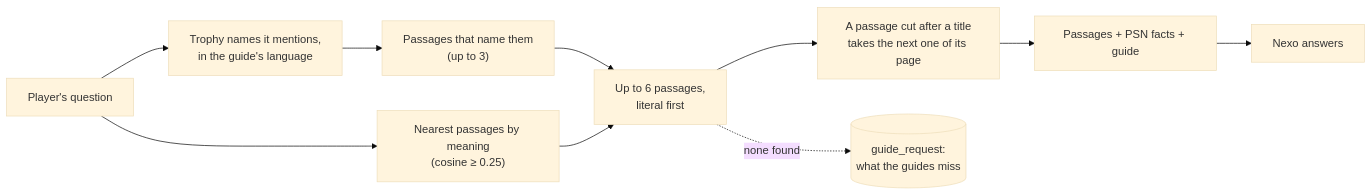
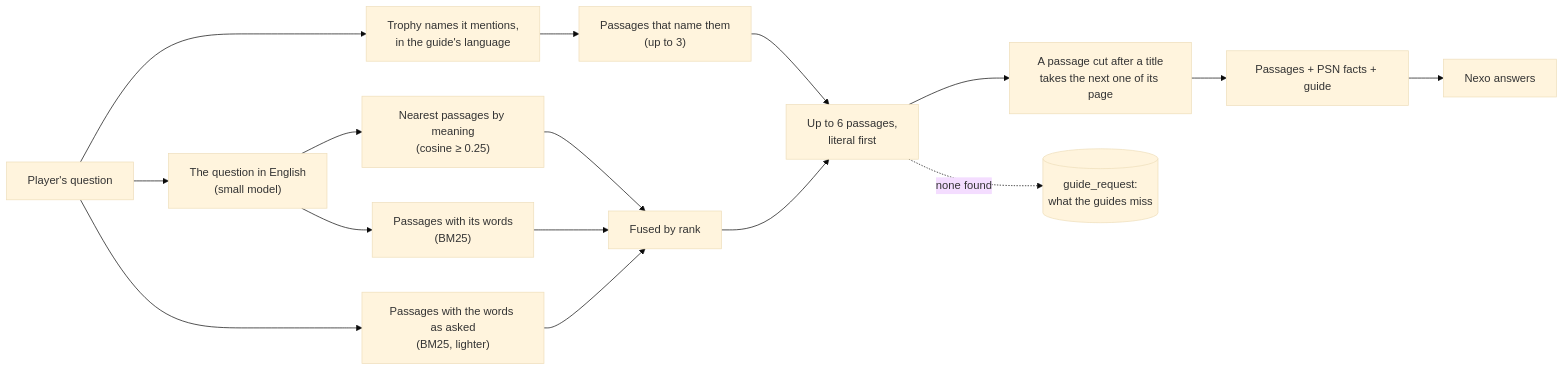
Before and after one commit to renatoaug/platjourney: the third of 4 diagrams in docs/design/07-rag.md, drawn with Mermaid (base theme). The commit also changed other lines of this file and 12 other files, not shown here.

````diff
--- a/docs/design/07-rag.md
+++ b/docs/design/07-rag.md
@@ -58,12 +58,18 @@
 ```mermaid
 flowchart LR
     q[Player's question] --> names["Trophy names it mentions,<br/>in the guide's language"]
     names --> literal["Passages that name them<br/>(up to 3)"]
-    q --> semantic["Nearest passages by meaning<br/>(cosine ≥ 0.25)"]
+    q --> en["The question in English<br/>(small model)"]
+    en --> semantic["Nearest passages by meaning<br/>(cosine ≥ 0.25)"]
+    en --> words["Passages with its words<br/>(BM25)"]
+    q --> own["Passages with the words as asked<br/>(BM25, lighter)"]
+    semantic --> fuse["Fused by rank"]
+    words --> fuse
+    own --> fuse
     literal --> pick["Up to 6 passages,<br/>literal first"]
-    semantic --> pick
+    fuse --> pick
     pick --> cont["A passage cut after a title<br/>takes the next one of its page"]
     cont --> prompt["Passages + PSN facts + guide"]
     prompt --> answer[Nexo answers]
     pick -. "none found" .-> gap[("guide_request:<br/>what the guides miss")]
 ```
````
